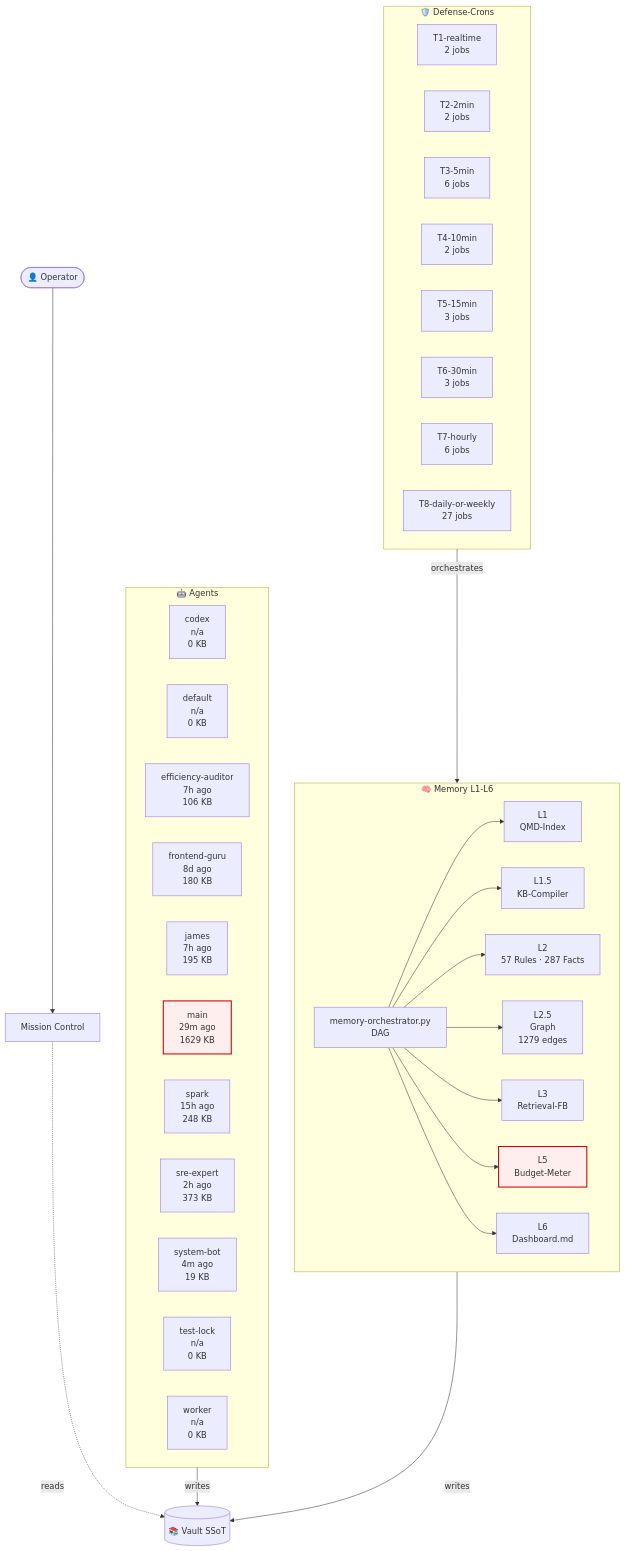
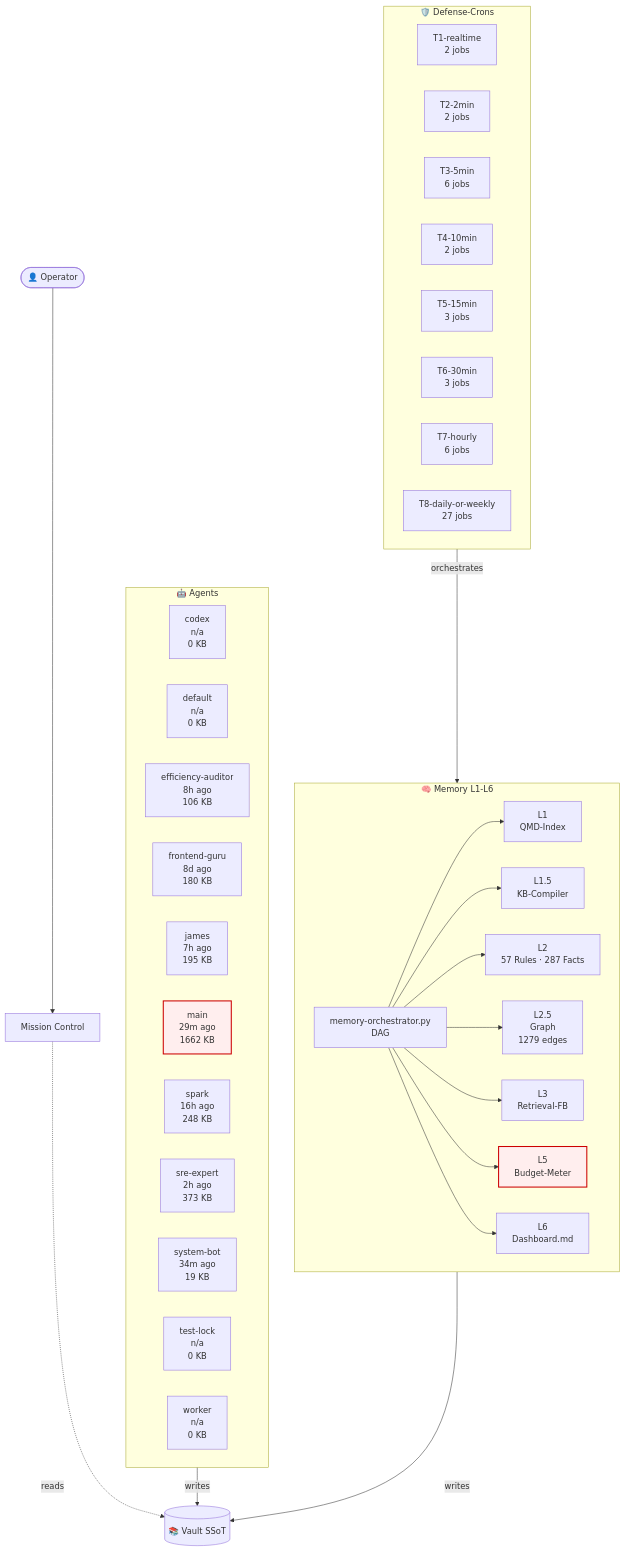
One commit to lenardhuebner88-rgb/openclaw-memory changed the diagram in 03-Agents/architecture-live.md. Above: the diagram before and after it, drawn with Mermaid. The commit also changed other lines of this file and 13 other files, not shown here.

````diff
--- a/03-Agents/architecture-live.md
+++ b/03-Agents/architecture-live.md
@@ -18,54 +18,54 @@
 ```mermaid
 flowchart TB
     classDef critical fill:#fee,stroke:#c00,stroke-width:2px;
     subgraph AGT["🤖 Agents"]
         agent_codex["codex<br/>n/a<br/>0 KB"]
         agent_default["default<br/>n/a<br/>0 KB"]
-        agent_efficiency_auditor["efficiency-auditor<br/>7h ago<br/>106 KB"]
+        agent_efficiency_auditor["efficiency-auditor<br/>8h ago<br/>106 KB"]
         agent_frontend_guru["frontend-guru<br/>8d ago<br/>180 KB"]
         agent_james["james<br/>7h ago<br/>195 KB"]
-        agent_main["main<br/>29m ago<br/>1629 KB"]
-        agent_spark["spark<br/>15h ago<br/>248 KB"]
+        agent_main["main<br/>29m ago<br/>1662 KB"]
+        agent_spark["spark<br/>16h ago<br/>248 KB"]
         agent_sre_expert["sre-expert<br/>2h ago<br/>373 KB"]
-        agent_system_bot["system-bot<br/>4m ago<br/>19 KB"]
+        agent_system_bot["system-bot<br/>34m ago<br/>19 KB"]
         agent_test_lock["test-lock<br/>n/a<br/>0 KB"]
         agent_worker["worker<br/>n/a<br/>0 KB"]
     end
     subgraph MEM["🧠 Memory L1-L6"]
         L1["L1<br/>QMD-Index"]
         L15["L1.5<br/>KB-Compiler"]
         L2["L2<br/>57 Rules · 287 Facts"]
         L25["L2.5<br/>Graph<br/>1279 edges"]
         L3["L3<br/>Retrieval-FB"]
         L5["L5<br/>Budget-Meter"]
         L6["L6<br/>Dashboard.md"]
         ORCH["memory-orchestrator.py<br/>DAG"]
     end
     subgraph CRN["🛡️ Defense-Crons"]
         tier_T1_realtime["T1-realtime<br/>2 jobs"]
         tier_T2_2min["T2-2min<br/>2 jobs"]
         tier_T3_5min["T3-5min<br/>6 jobs"]
         tier_T4_10min["T4-10min<br/>2 jobs"]
         tier_T5_15min["T5-15min<br/>3 jobs"]
         tier_T6_30min["T6-30min<br/>3 jobs"]
         tier_T7_hourly["T7-hourly<br/>6 jobs"]
         tier_T8_daily_or_weekly["T8-daily-or-weekly<br/>27 jobs"]
     end
     VAULT[("📚 Vault SSoT")]
     OP([👤 Operator])
     MC["Mission Control"]
     OP --> MC
     MC -.reads.-> VAULT
     AGT -->|writes| VAULT
     MEM -->|writes| VAULT
     ORCH --> L1
     ORCH --> L15
     ORCH --> L2
     ORCH --> L25
     ORCH --> L3
     ORCH --> L5
     ORCH --> L6
     CRN -->|orchestrates| MEM
     class L5 critical
     class agent_main critical
 ```
````
